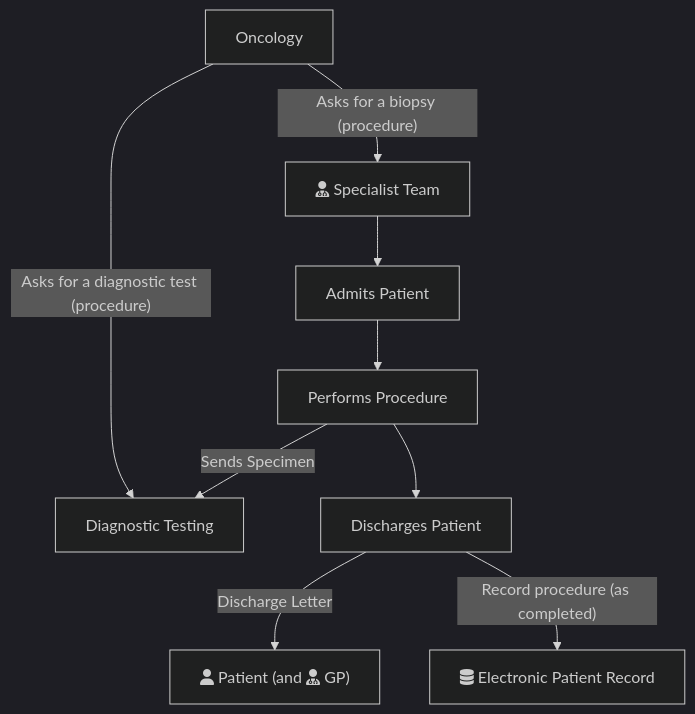
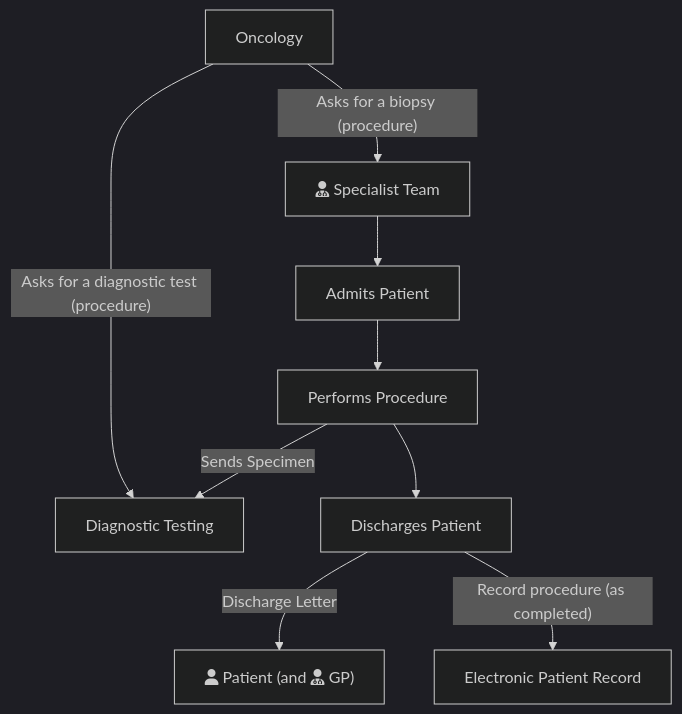
The diagram in input/intro-notes/ExampleScenario-BiopsyProcedure-intro.md (uk-gov-mirror/nw-gmsa.nw-gmsa.github.com), drawn with Mermaid (dark theme) before and after one commit. The commit also changed 1 other file, not shown here.

Commit message:
fontawesome local

````diff
--- a/input/intro-notes/ExampleScenario-BiopsyProcedure-intro.md
+++ b/input/intro-notes/ExampleScenario-BiopsyProcedure-intro.md
@@ -2,12 +2,12 @@
 ```mermaid
 graph TD;
 
     Oncology --> |"Asks for a biopsy (procedure)"| SpecialistTeam[fas:fa-user-md Specialist Team]
     Oncology --> |"Asks for a diagnostic test (procedure)"| DiagnosticTesting[Diagnostic Testing]
     SpecialistTeam --> Admits[Admits Patient]
     Admits --> Performs[Performs Procedure]
     Performs --> Discharge[Discharges Patient]
     Performs --> |Sends Specimen| DiagnosticTesting
     Discharge --> |Discharge Letter| Patient["fas:fa-user Patient (and fas:fa-user-md GP)"]
-    Discharge --> |"Record procedure (as completed)"| EPR["<i class='fa fa-database'></i> Electronic Patient Record"]
+    Discharge --> |"Record procedure (as completed)"| EPR["Electronic Patient Record"]
 ```
````
